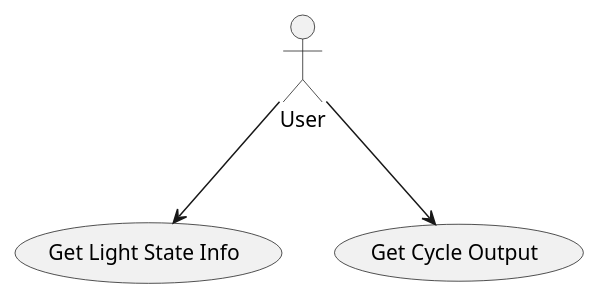
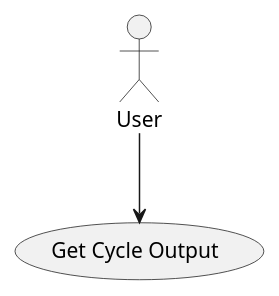
One commit to kuriataz/traffic-lights changed the diagram in docs/use_case_diagram.puml. Above: the diagram before and after it, drawn with PlantUML. The commit also changed 4 other files, not shown here.

Commit message:
correct diagrams

```diff
--- a/docs/use_case_diagram.puml
+++ b/docs/use_case_diagram.puml
@@ -1,11 +1,9 @@
 @startuml uc_traffic_lights
 
 actor User
 
-usecase "Get Light State Info" as UC1
-usecase "Get Cycle Output" as UC2
+usecase "Get Cycle Output" as UC1
 
 User --> UC1
-User --> UC2
 
 @enduml
```
